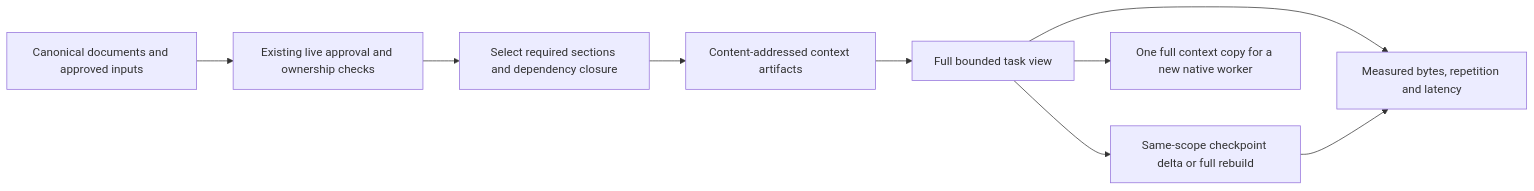
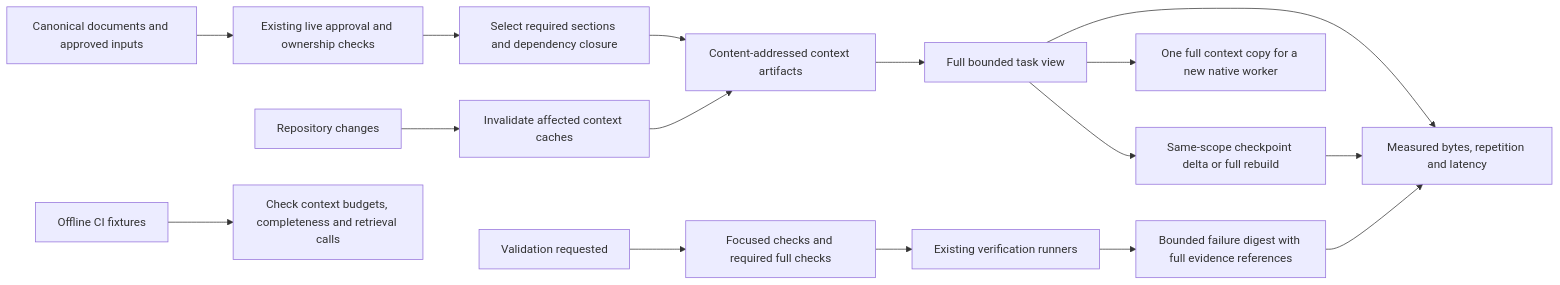
Before and after one commit to wgentil/devflow: the diagram in docs/superpowers/specs/2026-10-19-context-efficiency-design.md, drawn with Mermaid. The commit also changed other lines of this file, not shown here.

````diff
--- a/docs/superpowers/specs/2026-10-19-context-efficiency-design.md
+++ b/docs/superpowers/specs/2026-10-19-context-efficiency-design.md
@@ -26,11 +26,18 @@
 ```mermaid
 flowchart LR
     Sources[Canonical documents and approved inputs] --> Preflight[Existing live approval and ownership checks]
     Preflight --> Select[Select required sections and dependency closure]
     Select --> Cache[Content-addressed context artifacts]
     Cache --> Full[Full bounded task view]
     Full --> Resume[Same-scope checkpoint delta or full rebuild]
     Full --> Native[One full context copy for a new native worker]
     Full --> Metrics[Measured bytes, repetition and latency]
     Resume --> Metrics
+    Changed[Repository changes] --> Invalidate[Invalidate affected context caches]
+    Invalidate --> Cache
+    Checks[Validation requested] --> Plan[Focused checks and required full checks]
+    Plan --> Verify[Existing verification runners]
+    Verify --> Digest[Bounded failure digest with full evidence references]
+    Digest --> Metrics
+    CI[Offline CI fixtures] --> Regression[Check context budgets, completeness and retrieval calls]
 ```
````
